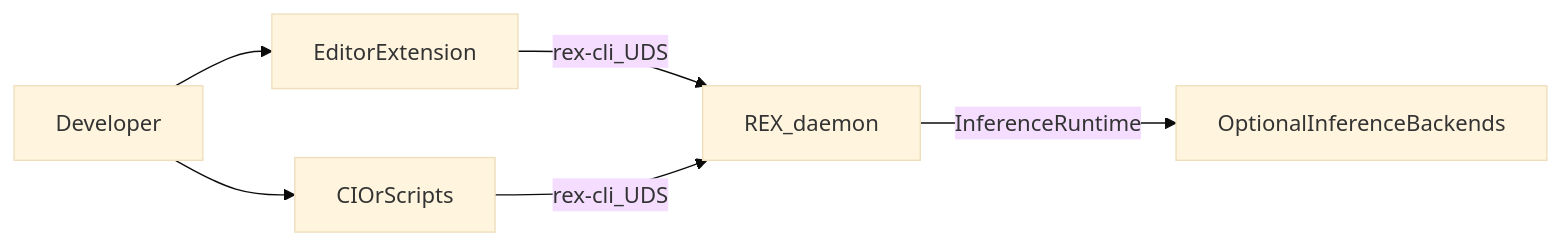
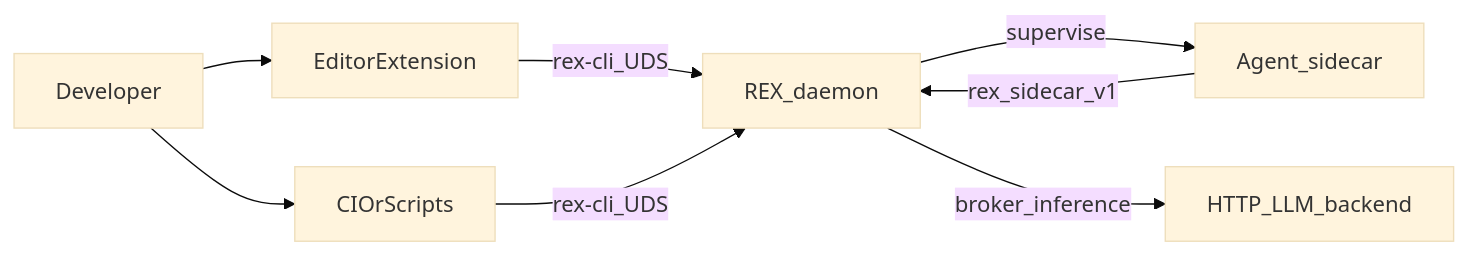
One commit to thsfranca/rex changed the first of 3 diagrams in docs/ARCHITECTURE.md. Above: the diagram before and after it, drawn with Mermaid (base theme). The commit also changed other lines of this file and 20 other files, not shown here.

First line of the commit message:
docs: redefine Phase 1 MVP around sidecar agent (#162)

````diff
--- a/docs/ARCHITECTURE.md
+++ b/docs/ARCHITECTURE.md
@@ -46,13 +46,16 @@
 ```mermaid
 flowchart LR
   dev[Developer]
   ide[EditorExtension]
   ci[CIOrScripts]
   rex[REX_daemon]
-  opt[OptionalInferenceBackends]
+  side[Agent_sidecar]
+  llm[HTTP_LLM_backend]
   dev --> ide
   dev --> ci
   ide -->|"rex-cli_UDS"| rex
   ci -->|"rex-cli_UDS"| rex
-  rex -->|"InferenceRuntime"| opt
+  rex -->|supervise| side
+  side -->|rex_sidecar_v1| rex
+  rex -->|broker_inference| llm
 ```
````
